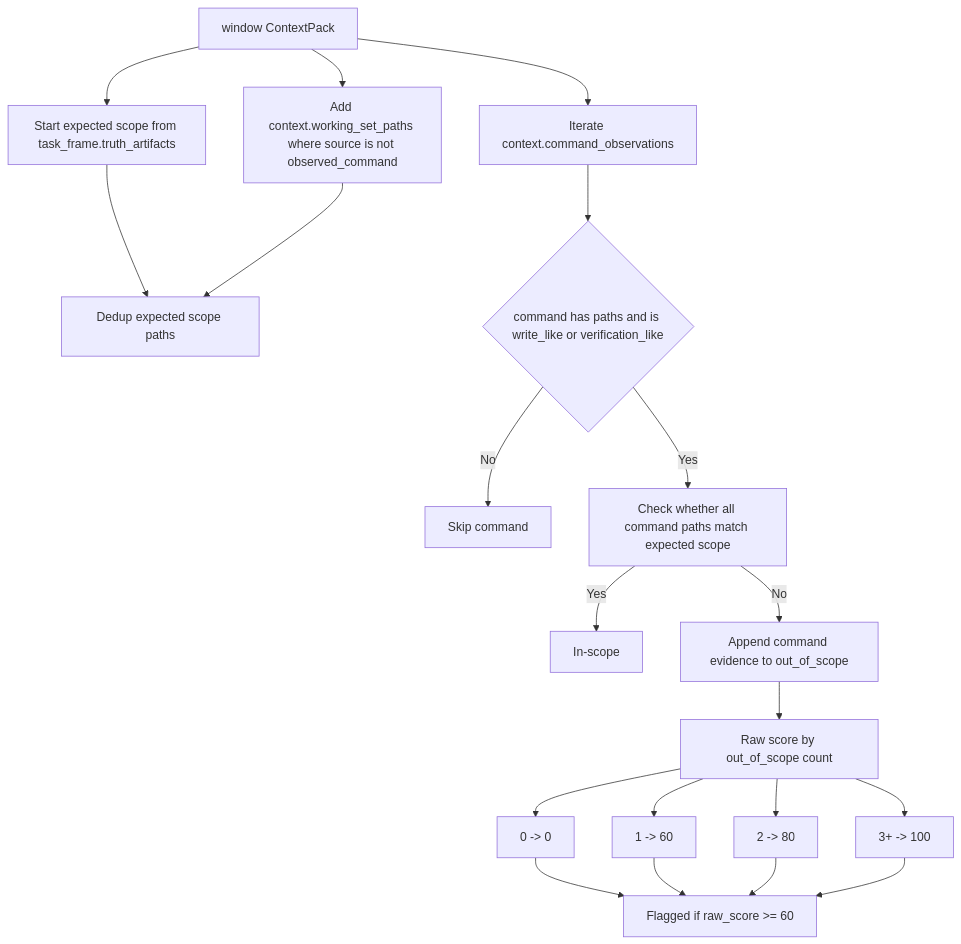
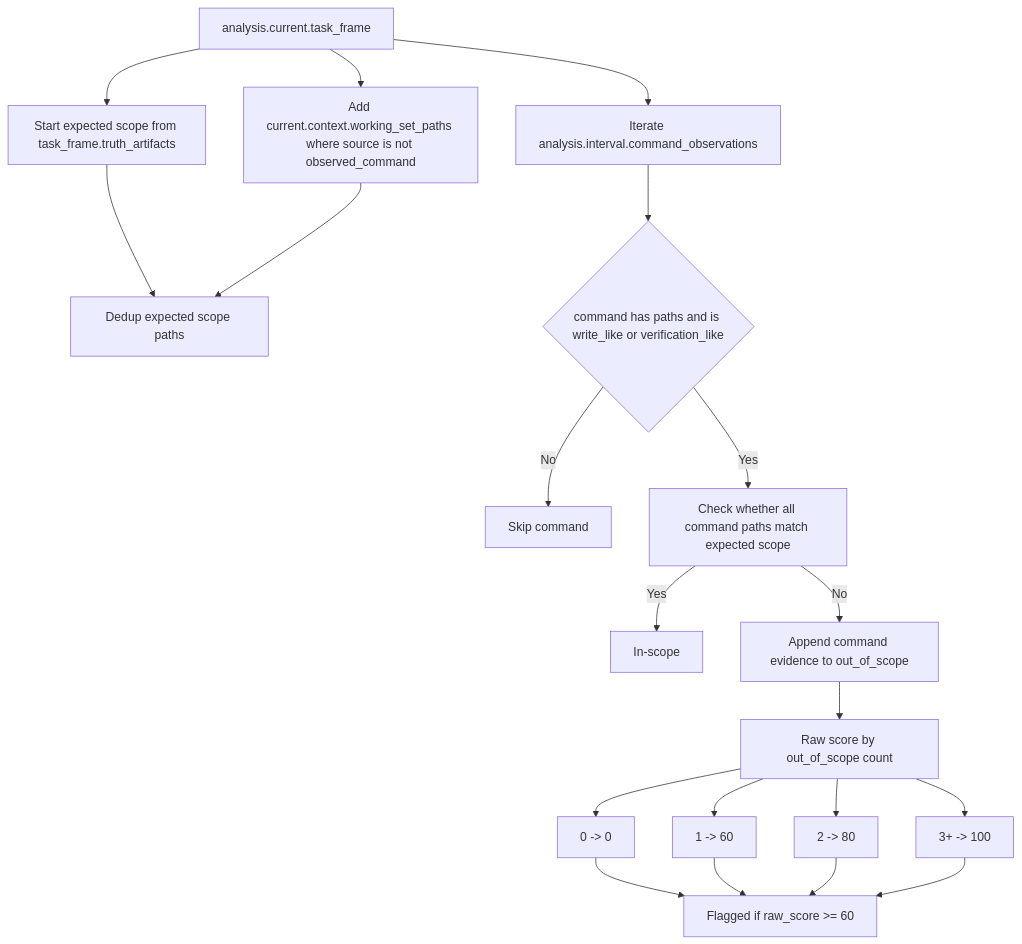
The ninth of 13 diagrams in docs/internals/agent-drift-analyzer-current-checkpoint-logic.md (atomize-hq/substrate), drawn with Mermaid before and after one commit. The commit also changed other lines of this file and 1 other file, not shown here.

````diff
--- a/docs/internals/agent-drift-analyzer-current-checkpoint-logic.md
+++ b/docs/internals/agent-drift-analyzer-current-checkpoint-logic.md
@@ -228,22 +223,22 @@
 ```mermaid
 flowchart TD
-    A["window ContextPack"] --> B["Start expected scope from task_frame.truth_artifacts"]
-    A --> C["Add context.working_set_paths where source is not observed_command"]
+    A["analysis.current.task_frame"] --> B["Start expected scope from task_frame.truth_artifacts"]
+    A --> C["Add current.context.working_set_paths where source is not observed_command"]
     B --> D["Dedup expected scope paths"]
     C --> D
-    A --> E["Iterate context.command_observations"]
+    A --> E["Iterate analysis.interval.command_observations"]
     E --> F{"command has paths and is write_like or verification_like"}
     F -->|No| G["Skip command"]
     F -->|Yes| H["Check whether all command paths match expected scope"]
     H -->|Yes| I["In-scope"]
     H -->|No| J["Append command evidence to out_of_scope"]
     J --> K["Raw score by out_of_scope count"]
     K --> L["0 -> 0"]
     K --> M["1 -> 60"]
     K --> N["2 -> 80"]
     K --> O["3+ -> 100"]
     L --> P["Flagged if raw_score >= 60"]
     M --> P
     N --> P
     O --> P
 ```
````
